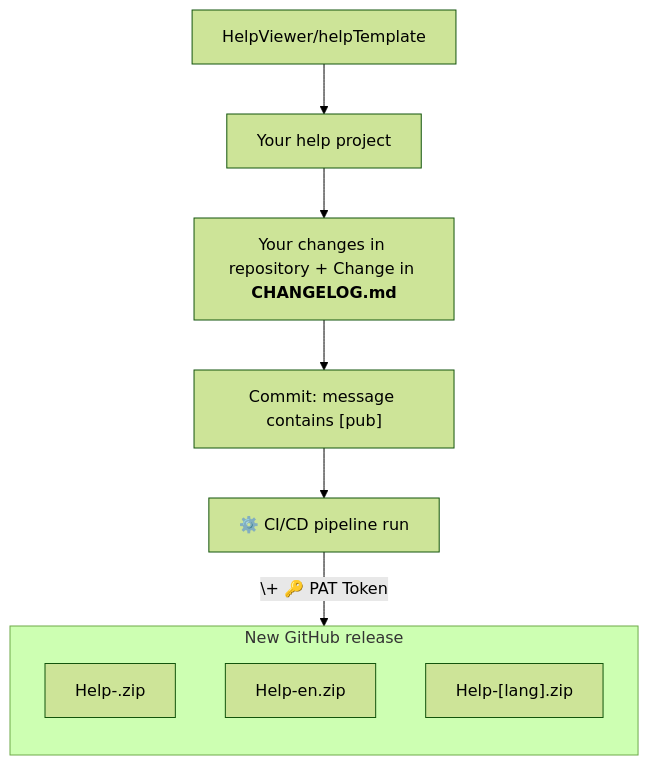
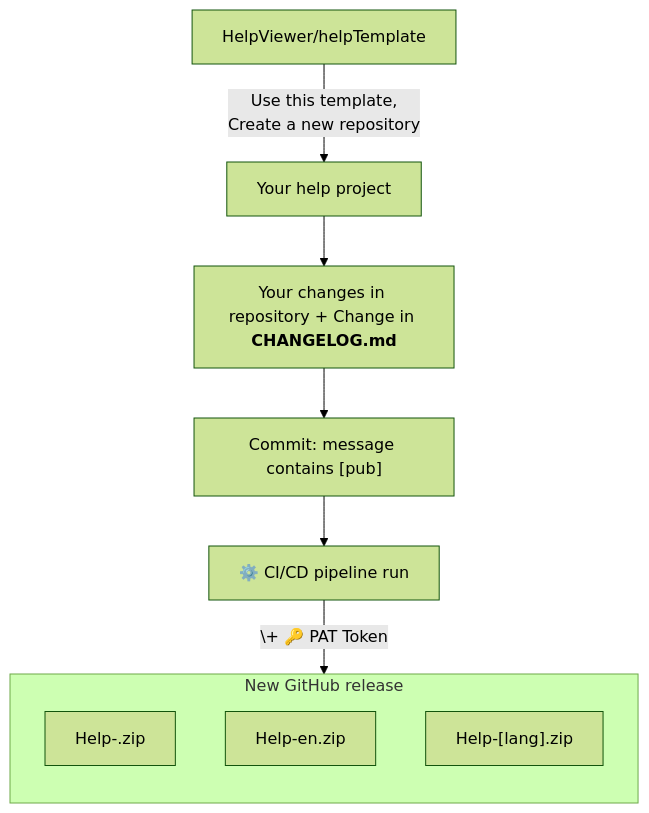
One commit to HelpViewer/helpAuthorsGuide changed the diagram in en/newHelp.md. Above: the diagram before and after it, drawn with Mermaid (forest theme). The commit also changed 1 other file, not shown here.

Commit message:
EN,CZ : newHelp.md : overview process diagram : added mention of cloning actions from template repository

````diff
--- a/en/newHelp.md
+++ b/en/newHelp.md
@@ -15,14 +15,15 @@
 ```mermaid
 graph TD; 
   subgraph outs["New GitHub release"]
   direction TB
   H1["Help-.zip"]
   H2["Help-en.zip"]
   H3["Help-[lang].zip"]
   end
-  T["HelpViewer/helpTemplate"] --> YP["Your help project"]
+  T["HelpViewer/helpTemplate"] -->|Use this template,
+  Create a new repository| YP["Your help project"]
   YP --> YPC["Your changes in repository + Change in <b>CHANGELOG.md</b>"]
   YPC --> CO["Commit: message contains [pub]"]
   CO --> CI["⚙️ CI/CD pipeline run"]
   CI -->|\+ 🔑 PAT Token| outs
 ```
````
